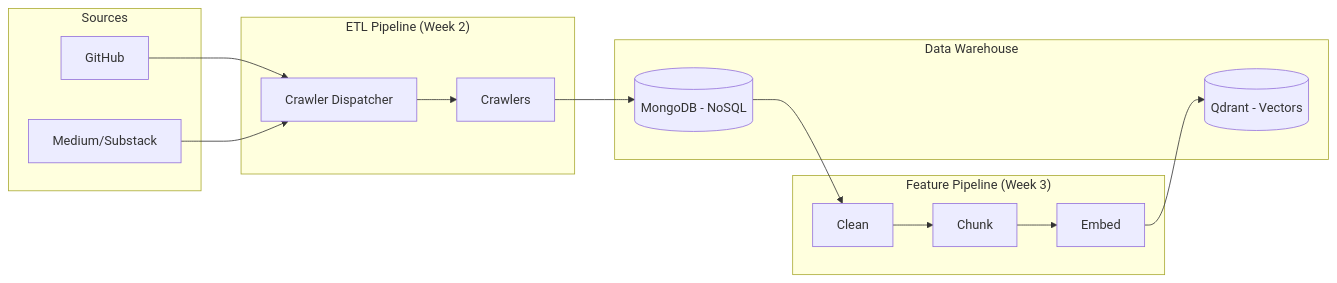
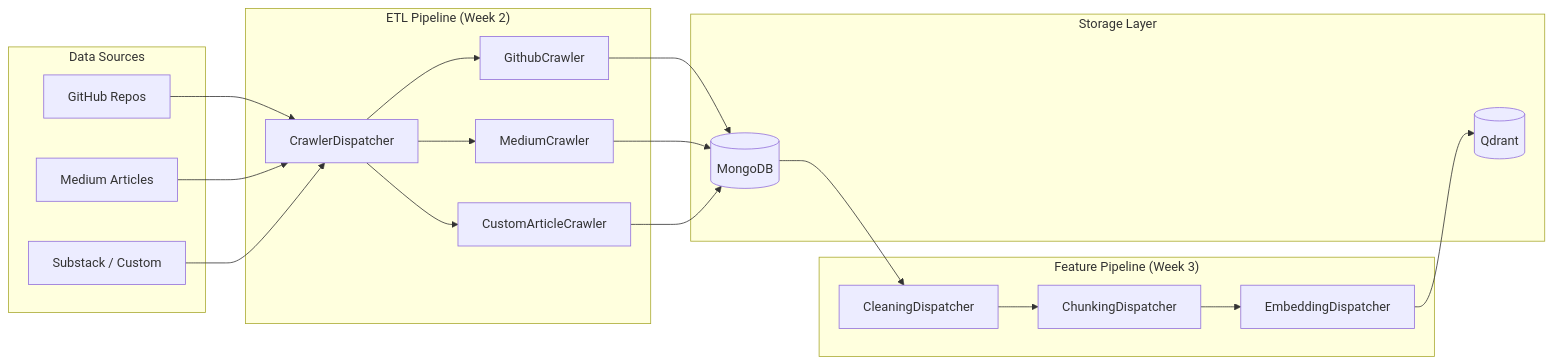
Before and after one commit to sh-arka22/MoodSwarm-LLM: the first of 3 diagrams in README.md, drawn with Mermaid. The commit also changed other lines of this file, not shown here.

````diff
--- a/README.md
+++ b/README.md
@@ -12,32 +12,34 @@
 ```mermaid
 graph LR
-    subgraph Sources
-        GH[GitHub]
-        MD[Medium/Substack]
+    subgraph "Data Sources"
+        GH["GitHub Repos"]
+        MD["Medium Articles"]
+        SS["Substack / Custom"]
     end
 
     subgraph "ETL Pipeline (Week 2)"
-        Dispatcher[Crawler Dispatcher]
-        Worker[Crawlers]
-    end
-    
-    subgraph "Feature Pipeline (Week 3)"
-        Clean[Clean]
-        Chunk[Chunk]
-        Embed[Embed]
+        D[CrawlerDispatcher]
+        GC[GithubCrawler]
+        MC[MediumCrawler]
+        CC[CustomArticleCrawler]
     end
 
-    subgraph "Data Warehouse"
-        Mongo[(MongoDB - NoSQL)]
-        Qdrant[(Qdrant - Vectors)]
+    subgraph "Feature Pipeline (Week 3)"
+        Clean["CleaningDispatcher"]
+        Chunk["ChunkingDispatcher"]
+        Embed["EmbeddingDispatcher"]
     end
 
-    GH --> Dispatcher
-    MD --> Dispatcher
-    Dispatcher --> Worker
-    Worker --> Mongo
-    Mongo --> Clean
-    Clean --> Chunk
-    Chunk --> Embed
-    Embed --> Qdrant
+    subgraph "Storage Layer"
+        Mongo[(MongoDB)]
+        Qdrant[(Qdrant)]
+    end
+
+    GH --> D
+    MD --> D
+    SS --> D
+    D --> GC --> Mongo
+    D --> MC --> Mongo
+    D --> CC --> Mongo
+    Mongo --> Clean --> Chunk --> Embed --> Qdrant
 ```
````
